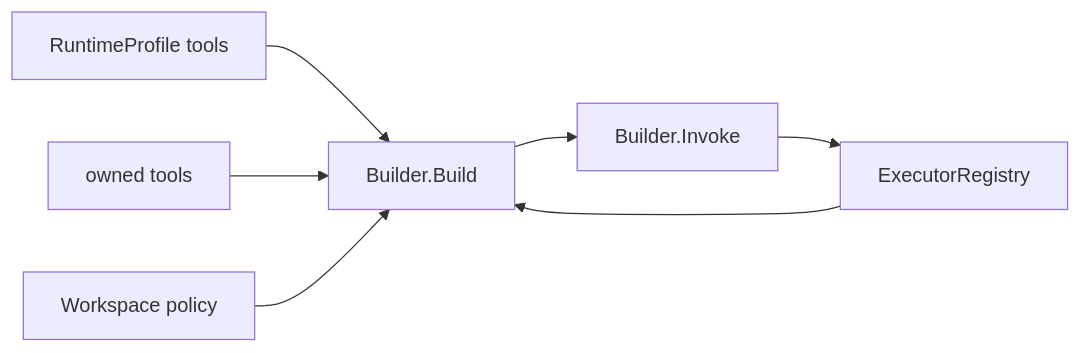
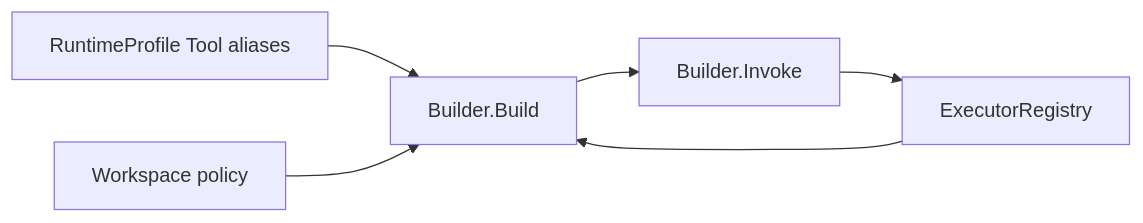
The diagram in guides/en/developing/gizclaw/services/runtime/toolkit.md (GizClaw/gizclaw), drawn with Mermaid before and after one commit. The commit also changed other lines of this file and 290 other files, not shown here.

First line of the commit message:
runtime: deliver profile resources and standalone speech RPCs (#416)

````diff
--- a/guides/en/developing/gizclaw/services/runtime/toolkit.md
+++ b/guides/en/developing/gizclaw/services/runtime/toolkit.md
@@ -9,9 +9,8 @@
 ```mermaid
 flowchart LR
-    Profile["RuntimeProfile tools"] --> Builder["Builder.Build"]
-    Owner["owned tools"] --> Builder
+    Profile["RuntimeProfile Tool aliases"] --> Builder["Builder.Build"]
     Policy["Workspace policy"] --> Builder
     Executors["ExecutorRegistry"] --> Builder
     Builder --> Invoke["Builder.Invoke"]
     Invoke --> Executors
 ```
````
